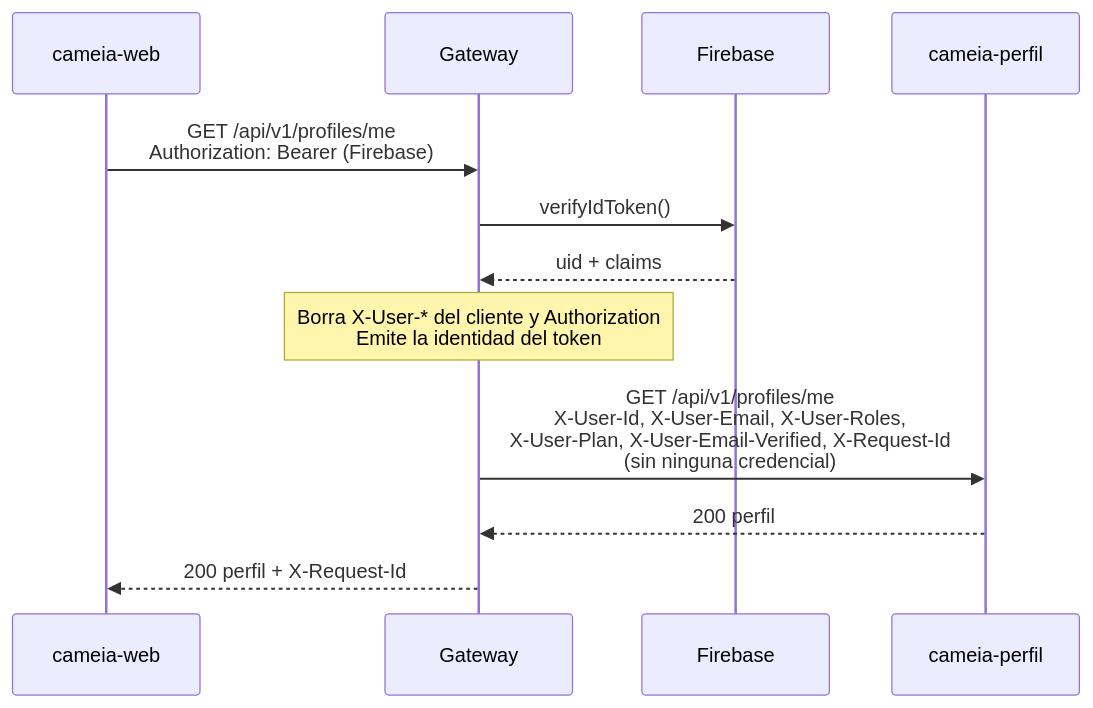
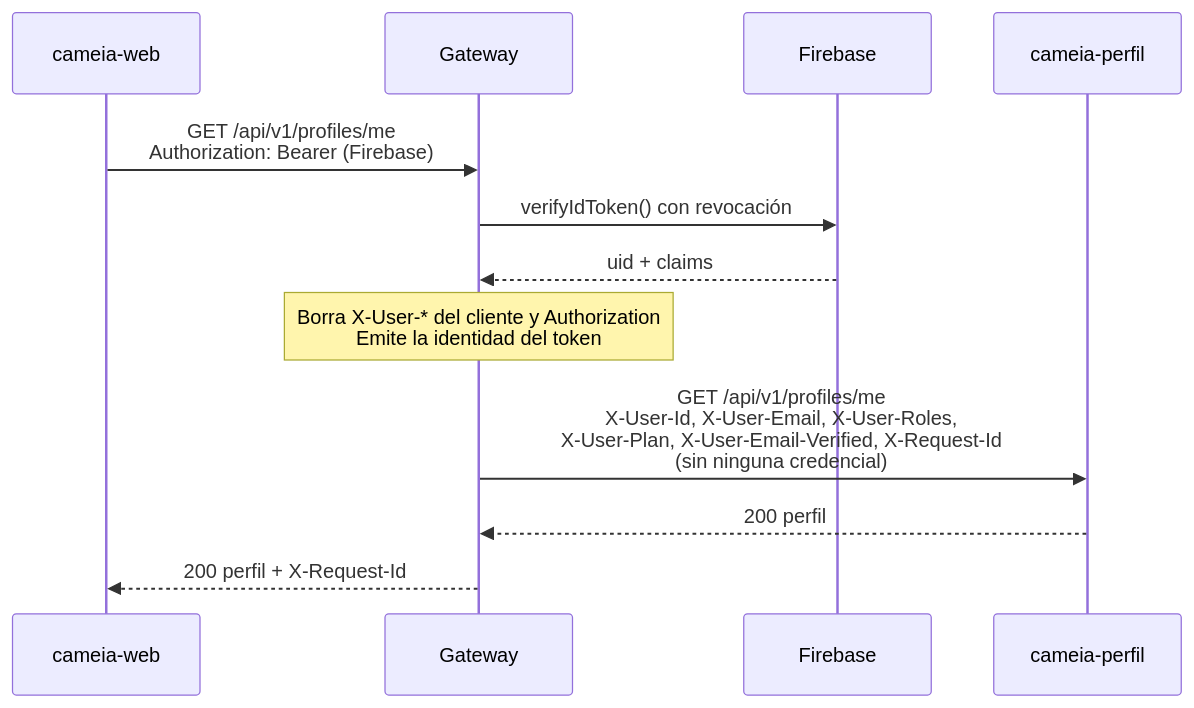
One commit to Forkthec/cameia-gateway changed the second of 5 diagrams in docs/COMO-FUNCIONA.md. Above: the diagram before and after it, drawn with Mermaid. The commit also changed other lines of this file and 23 other files, not shown here.

````diff
--- a/docs/COMO-FUNCIONA.md
+++ b/docs/COMO-FUNCIONA.md
@@ -103,15 +105,15 @@
 ```mermaid
 sequenceDiagram
     participant W as cameia-web
     participant G as Gateway
     participant F as Firebase
     participant P as cameia-perfil
 
     W->>G: GET /api/v1/profiles/me<br/>Authorization: Bearer (Firebase)
-    G->>F: verifyIdToken()
+    G->>F: verifyIdToken() con revocación
     F-->>G: uid + claims
     Note over G: Borra X-User-* del cliente y Authorization<br/>Emite la identidad del token
     G->>P: GET /api/v1/profiles/me<br/>X-User-Id, X-User-Email, X-User-Roles,<br/>X-User-Plan, X-User-Email-Verified, X-Request-Id<br/>(sin ninguna credencial)
     P-->>G: 200 perfil
     G-->>W: 200 perfil + X-Request-Id
 ```
````
